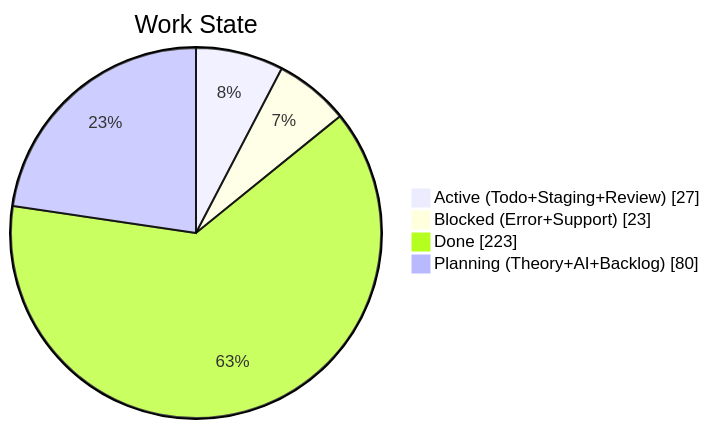
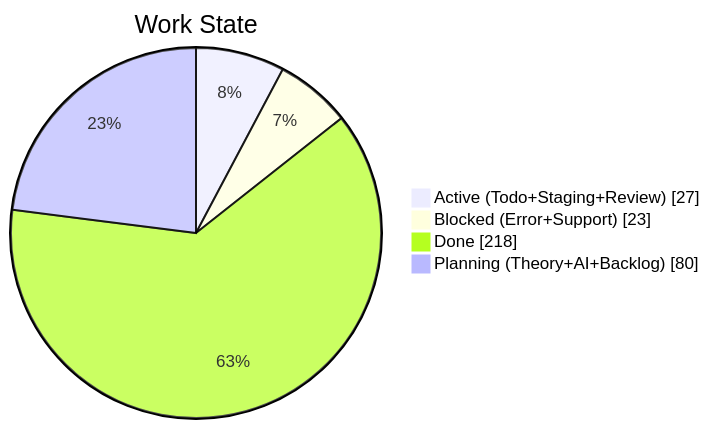
One commit to KBVE/kbve changed the second of 4 diagrams in apps/kbve/astro-kbve/src/content/docs/dashboard/kanban-data.mdx. Above: the diagram before and after it, drawn with Mermaid. The commit also changed other lines of this file and 2 other files, not shown here.

````diff
--- a/apps/kbve/astro-kbve/src/content/docs/dashboard/kanban-data.mdx
+++ b/apps/kbve/astro-kbve/src/content/docs/dashboard/kanban-data.mdx
@@ -68,8 +204,8 @@
 ```mermaid
 pie showData
     title Work State
     "Active (Todo+Staging+Review)" : 27
     "Blocked (Error+Support)" : 23
-    "Done" : 223
+    "Done" : 218
     "Planning (Theory+AI+Backlog)" : 80
 ```
````
